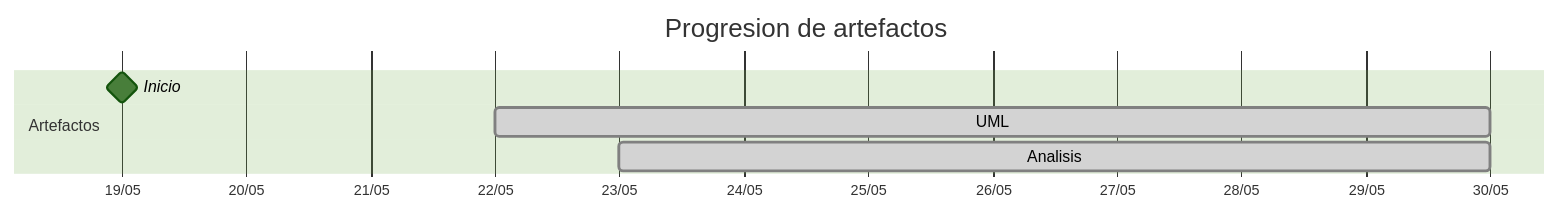
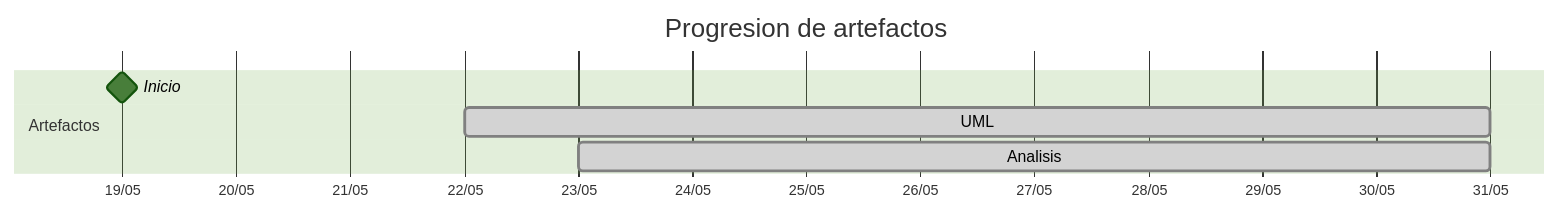
One commit to carlos-alvarado-25/25-26-idsw2-sdVC changed the diagram in TIMELINES/Alejandrojuarez0105.md. Above: the diagram before and after it, drawn with Mermaid (forest theme). The commit also changed other lines of this file and 10 other files, not shown here.

````diff
--- a/TIMELINES/Alejandrojuarez0105.md
+++ b/TIMELINES/Alejandrojuarez0105.md
@@ -22,10 +22,10 @@
 ```mermaid
 gantt
     title Progresion de artefactos
     dateFormat YYYY-MM-DD
     axisFormat %d/%m
     section Artefactos
         Inicio       :milestone, 2026-05-19, 0d
-        UML          :done, 2026-05-22, 2026-05-30
-        Analisis     :done, 2026-05-23, 2026-05-30
+        UML          :done, 2026-05-22, 2026-05-31
+        Analisis     :done, 2026-05-23, 2026-05-31
 ```
````
